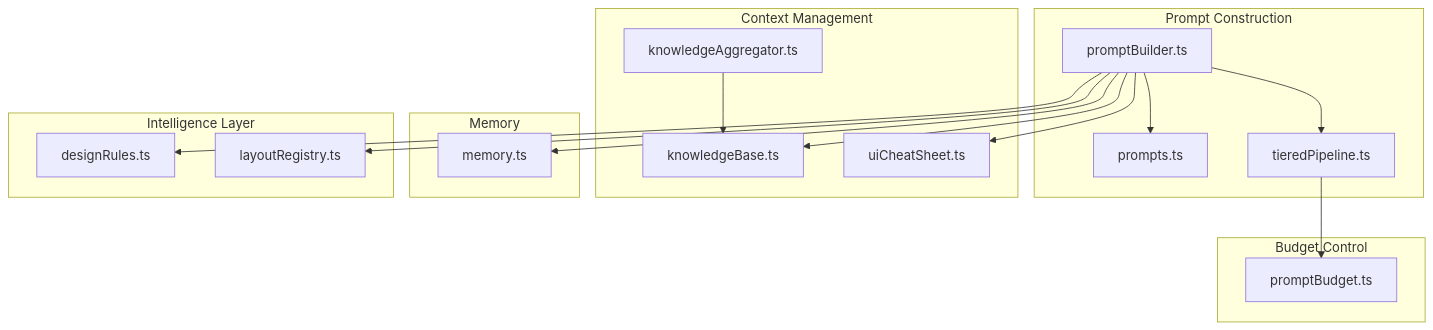
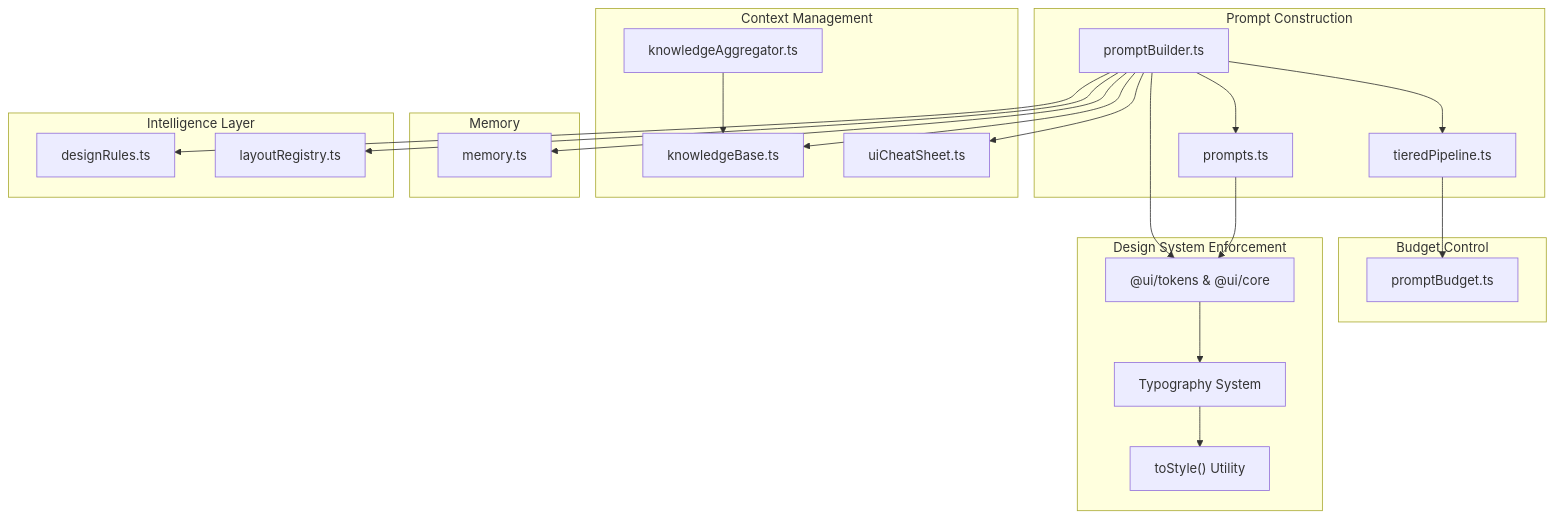
The first of 11 diagrams in .qoder/repowiki/en/content/AI Generation Engine/Core Generation Pipeline/Prompt Engineering & Context Injection.md (shekhargiri005-dotcom/AI-powered-accessibility-first-UI-engine), drawn with Mermaid before and after one commit. The commit also changed other lines of this file and 24 other files, not shown here.

````diff
--- a/.qoder/repowiki/en/content/AI Generation Engine/Core Generation Pipeline/Prompt Engineering & Context Injection.md
+++ b/.qoder/repowiki/en/content/AI Generation Engine/Core Generation Pipeline/Prompt Engineering & Context Injection.md
@@ -56,32 +63,40 @@
 ```mermaid
 graph TB
 subgraph "Prompt Construction"
 PB["promptBuilder.ts"]
 PT["prompts.ts"]
 TP["tieredPipeline.ts"]
 PB --> PT
 PB --> TP
 end
 subgraph "Context Management"
 KB["knowledgeBase.ts"]
 KA["knowledgeAggregator.ts"]
 CS["uiCheatSheet.ts"]
 PB --> KB
 PB --> CS
 KA --> KB
 end
 subgraph "Memory"
 MEM["memory.ts"]
 PB --> MEM
 end
 subgraph "Budget Control"
 BUDG["promptBudget.ts"]
 TP --> BUDG
 end
 subgraph "Intelligence Layer"
 DR["designRules.ts"]
 LR["layoutRegistry.ts"]
 PB --> DR
 PB --> LR
 end
+subgraph "Design System Enforcement"
+DS["@ui/tokens & @ui/core"]
+TS["Typography System"]
+PB --> DS
+PT --> DS
+DS --> TS
+TS --> TOSTYLE["toStyle() Utility"]
+end
 ```
````
